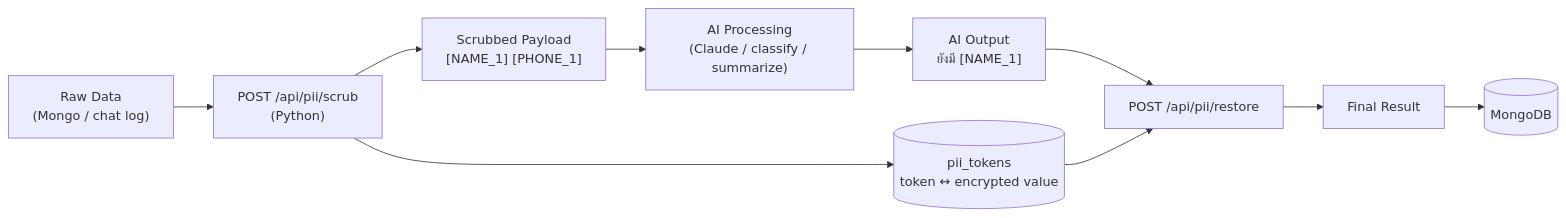
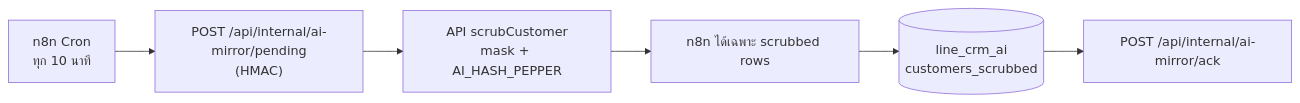
Before and after one commit to Kanyakrit-2544/LIFF-Frontend: the fifth of 5 diagrams in docs/01-architecture.md, drawn with Mermaid. The commit also changed other lines of this file and 51 other files, not shown here.

````diff
--- a/docs/01-architecture.md
+++ b/docs/01-architecture.md
@@ -191,12 +188,8 @@
 ```mermaid
 flowchart LR
-    RAW["Raw Data<br/>(Mongo / chat log)"] --> SCRUB["POST /api/pii/scrub<br/>(Python)"]
-    SCRUB --> TOK[("pii_tokens<br/>token ↔ encrypted value")]
-    SCRUB --> CLEAN["Scrubbed Payload<br/>[NAME_1] [PHONE_1]"]
-    CLEAN --> AI["AI Processing<br/>(Claude / classify / summarize)"]
-    AI --> OUT["AI Output<br/>ยังมี [NAME_1]"]
-    OUT --> REST["POST /api/pii/restore"]
-    TOK --> REST
-    REST --> FINAL["Final Result"]
-    FINAL --> MONGO[("MongoDB")]
+    CRON["n8n Cron<br/>ทุก 10 นาที"] --> GET["POST /api/internal/ai-mirror/pending<br/>(HMAC)"]
+    GET --> SCRUB["API scrubCustomer<br/>mask + AI_HASH_PEPPER"]
+    SCRUB --> N8N["n8n ได้เฉพาะ scrubbed rows"]
+    N8N --> AIDB[("line_crm_ai<br/>customers_scrubbed")]
+    AIDB --> ACK["POST /api/internal/ai-mirror/ack"]
 ```
````
